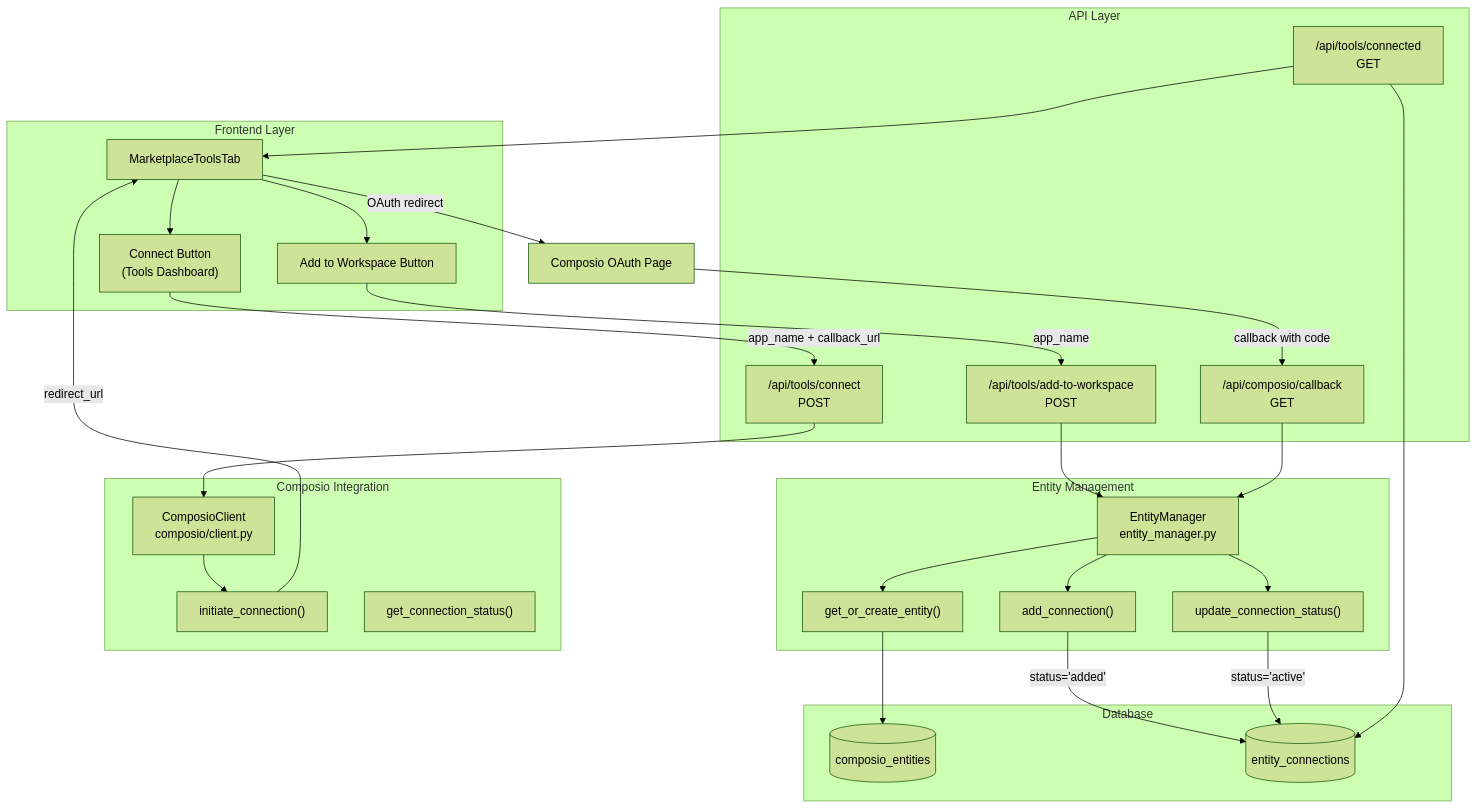
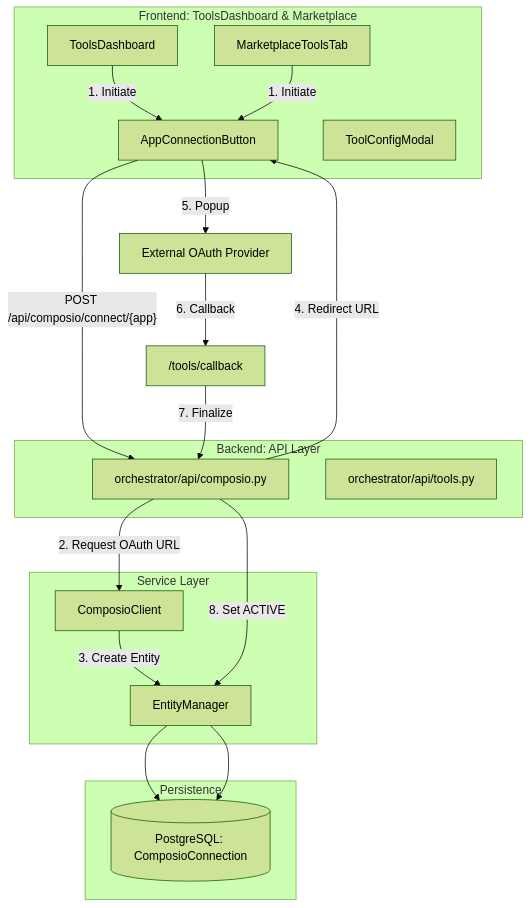
One commit to AutomatosAI/automatos-ai changed the first of 2 diagrams in docs/tools-integrations/connecting-apps.md. Above: the diagram before and after it, drawn with Mermaid (forest theme). The commit also changed other lines of this file and 149 other files, not shown here.

Commit message:
docs: refresh documentation with graphify semantic scan

````diff
--- a/docs/tools-integrations/connecting-apps.md
+++ b/docs/tools-integrations/connecting-apps.md
@@ -37,56 +53,36 @@
 ```mermaid
-graph TB
-    subgraph "Frontend Layer"
-        UI["MarketplaceToolsTab"]
-        AddBtn["Add to Workspace Button"]
-        ConnectBtn["Connect Button<br/>(Tools Dashboard)"]
+graph TD
+    subgraph "Frontend: ToolsDashboard & Marketplace"
+        DB["ToolsDashboard"]
+        MTT["MarketplaceToolsTab"]
+        CCB["AppConnectionButton"]
+        TCM["ToolConfigModal"]
     end
-    
-    subgraph "API Layer"
-        AddEndpoint["/api/tools/add-to-workspace<br/>POST"]
-        ConnectEndpoint["/api/tools/connect<br/>POST"]
-        CallbackEndpoint["/api/composio/callback<br/>GET"]
-        ConnectedEndpoint["/api/tools/connected<br/>GET"]
+
+    subgraph "Backend: API Layer"
+        C_API["orchestrator/api/composio.py"]
+        T_API["orchestrator/api/tools.py"]
     end
-    
-    subgraph "Entity Management"
-        EntityMgr["EntityManager<br/>entity_manager.py"]
-        GetOrCreate["get_or_create_entity()"]
-        AddConn["add_connection()"]
-        UpdateStatus["update_connection_status()"]
+
+    subgraph "Service Layer"
+        EM["EntityManager"]
+        CC["ComposioClient"]
     end
-    
-    subgraph "Composio Integration"
-        ComposioClient["ComposioClient<br/>composio/client.py"]
-        InitiateOAuth["initiate_connection()"]
-        GetStatus["get_connection_status()"]
+
+    subgraph "Persistence"
+        PG[("PostgreSQL: ComposioConnection")]
     end
-    
-    subgraph "Database"
-        EntitiesTable[("composio_entities")]
-        ConnectionsTable[("entity_connections")]
-    end
-    
-    UI --> AddBtn
-    AddBtn -->|"app_name"| AddEndpoint
-    AddEndpoint --> EntityMgr
-    EntityMgr --> GetOrCreate
-    GetOrCreate --> EntitiesTable
-    EntityMgr --> AddConn
-    AddConn -->|"status='added'"| ConnectionsTable
-    
-    UI --> ConnectBtn
-    ConnectBtn -->|"app_name + callback_url"| ConnectEndpoint
-    ConnectEndpoint --> ComposioClient
-    ComposioClient --> InitiateOAuth
-    InitiateOAuth -->|"redirect_url"| UI
-    
-    UI -->|"OAuth redirect"| ComposioOAuth["Composio OAuth Page"]
-    ComposioOAuth -->|"callback with code"| CallbackEndpoint
-    CallbackEndpoint --> EntityMgr
-    EntityMgr --> UpdateStatus
-    UpdateStatus -->|"status='active'"| ConnectionsTable
-    
-    ConnectedEndpoint --> ConnectionsTable
-    ConnectedEndpoint --> UI
+
+    DB -->|"1. Initiate"| CCB
+    MTT -->|"1. Initiate"| CCB
+    CCB -->|"POST /api/composio/connect/{app}"| C_API
+    C_API -->|"2. Request OAuth URL"| CC
+    CC -->|"3. Create Entity"| EM
+    EM --> PG
+    C_API -->|"4. Redirect URL"| CCB
+    CCB -->|"5. Popup"| OAuth["External OAuth Provider"]
+    OAuth -->|"6. Callback"| CallbackPage["/tools/callback"]
+    CallbackPage -->|"7. Finalize"| C_API
+    C_API -->|"8. Set ACTIVE"| EM
+    EM --> PG
 ```
````
